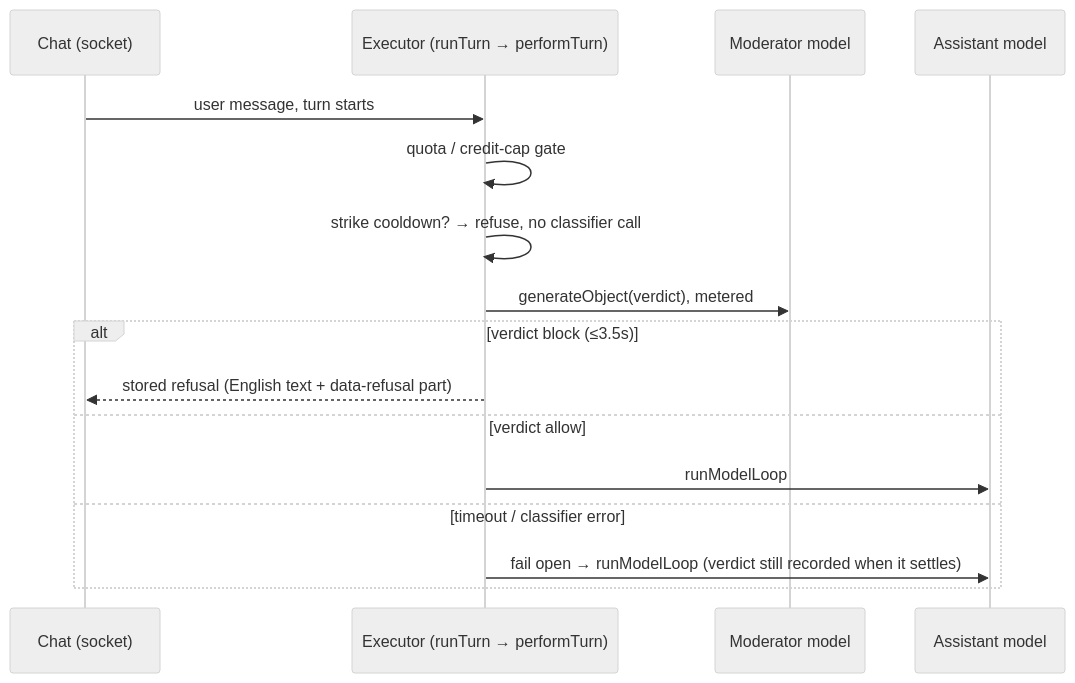
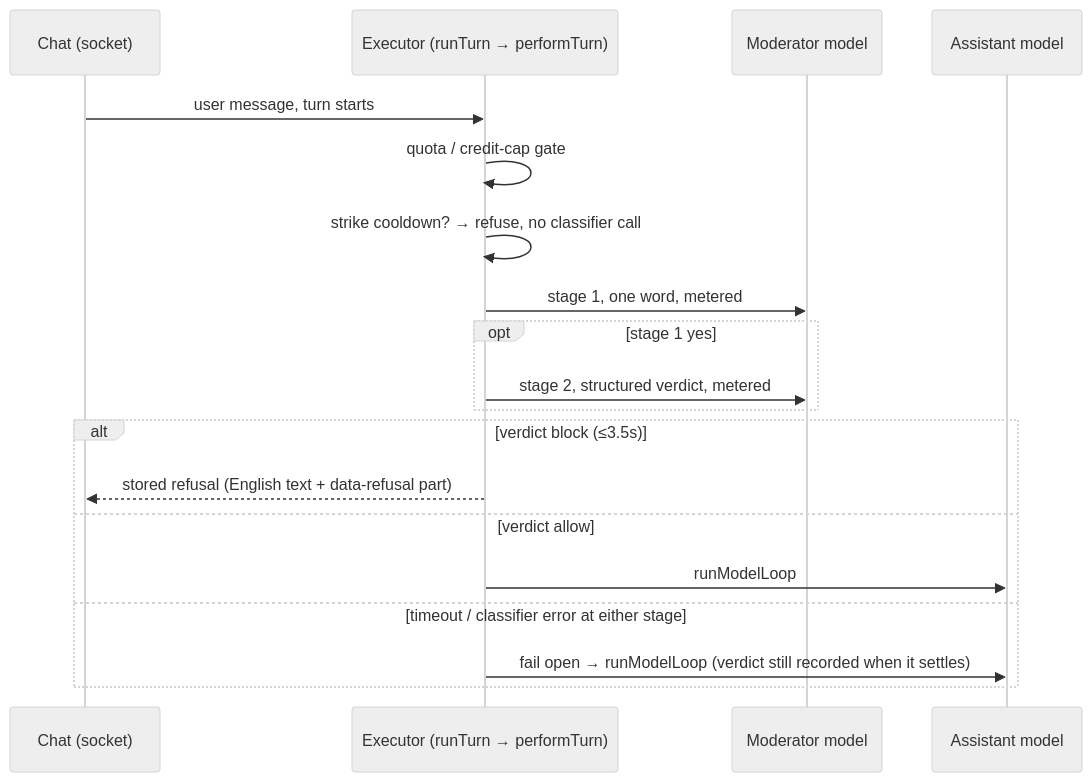
Before and after one commit to data-fair/agents: the diagram in docs/architecture/moderation.md, drawn with Mermaid (neutral theme). The commit also changed other lines of this file and 54 other files, not shown here.

````diff
--- a/docs/architecture/moderation.md
+++ b/docs/architecture/moderation.md
@@ -5,19 +37,22 @@
 ```mermaid
 sequenceDiagram
   participant Chat as Chat (socket)
   participant Ex as Executor (runTurn → performTurn)
   participant Mod as Moderator model
   participant LLM as Assistant model
 
   Chat->>Ex: user message, turn starts
   Ex->>Ex: quota / credit-cap gate
   Ex->>Ex: strike cooldown? → refuse, no classifier call
-  Ex->>Mod: generateObject(verdict), metered
+  Ex->>Mod: stage 1, one word, metered
+  opt stage 1 yes
+    Ex->>Mod: stage 2, structured verdict, metered
+  end
   alt verdict block (≤3.5s)
     Ex-->>Chat: stored refusal (English text + data-refusal part)
   else verdict allow
     Ex->>LLM: runModelLoop
-  else timeout / classifier error
+  else timeout / classifier error at either stage
     Ex->>LLM: fail open → runModelLoop (verdict still recorded when it settles)
   end
 ```
````
